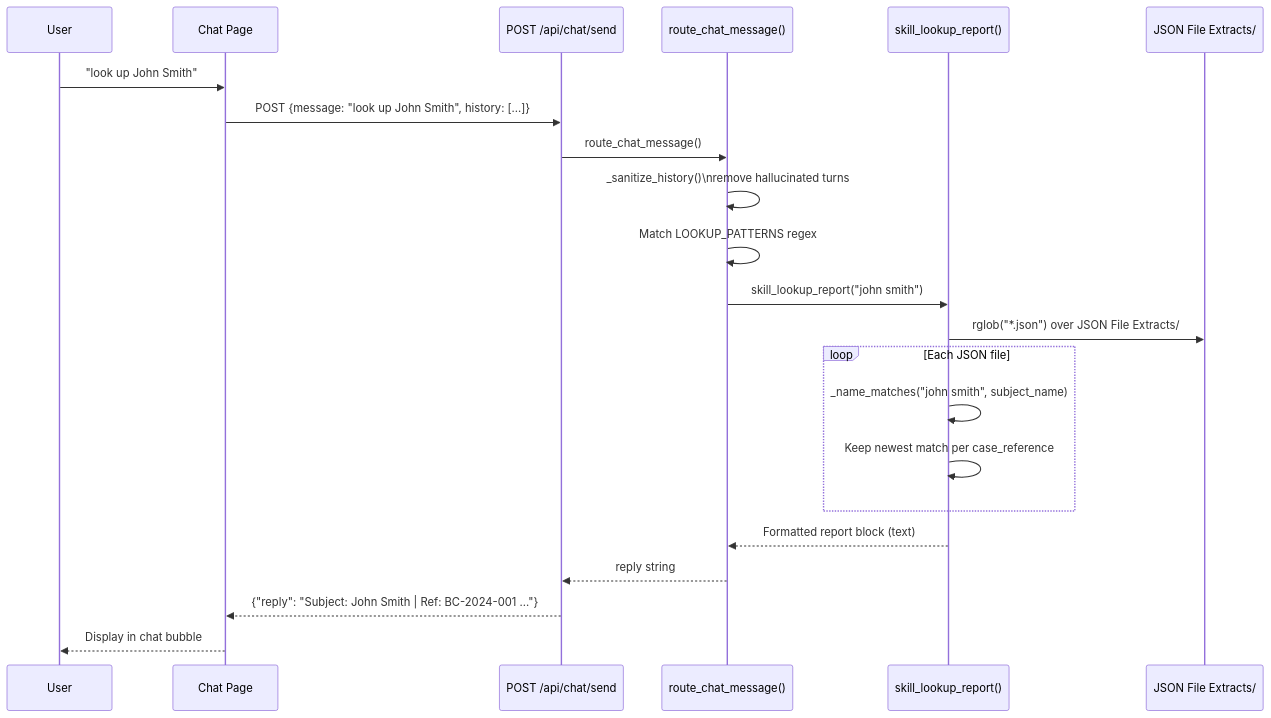
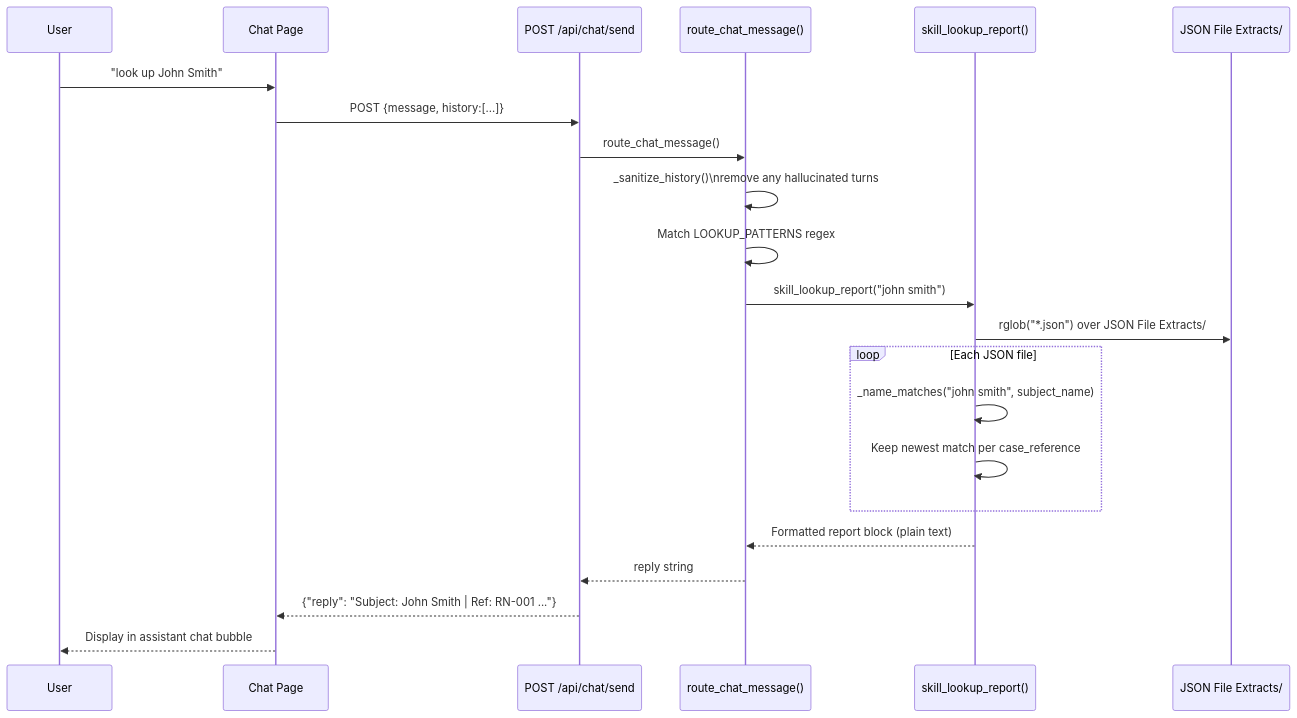
The seventh of 9 diagrams in docs/pdf-extractor-v3/process-flows.md (HackToTheFuture-WatsonX/WatsonX), drawn with Mermaid before and after one commit. The commit also changed other lines of this file and 9 other files, not shown here.

````diff
--- a/docs/pdf-extractor-v3/process-flows.md
+++ b/docs/pdf-extractor-v3/process-flows.md
@@ -179,25 +215,25 @@
 ```mermaid
 sequenceDiagram
     participant User
     participant UI as Chat Page
     participant API as POST /api/chat/send
     participant Router as route_chat_message()
     participant Skill as skill_lookup_report()
     participant FS as JSON File Extracts/
 
     User->>UI: "look up John Smith"
-    UI->>API: POST {message: "look up John Smith", history: [...]}
+    UI->>API: POST {message, history:[...]}
     API->>Router: route_chat_message()
-    Router->>Router: _sanitize_history()\nremove hallucinated turns
+    Router->>Router: _sanitize_history()\nremove any hallucinated turns
     Router->>Router: Match LOOKUP_PATTERNS regex
     Router->>Skill: skill_lookup_report("john smith")
     Skill->>FS: rglob("*.json") over JSON File Extracts/
     loop Each JSON file
         Skill->>Skill: _name_matches("john smith", subject_name)
         Skill->>Skill: Keep newest match per case_reference
     end
-    Skill-->>Router: Formatted report block (text)
+    Skill-->>Router: Formatted report block (plain text)
     Router-->>API: reply string
-    API-->>UI: {"reply": "Subject: John Smith | Ref: BC-2024-001 ..."}
-    UI-->>User: Display in chat bubble
+    API-->>UI: {"reply": "Subject: John Smith | Ref: RN-001 ..."}
+    UI-->>User: Display in assistant chat bubble
 ```
````
